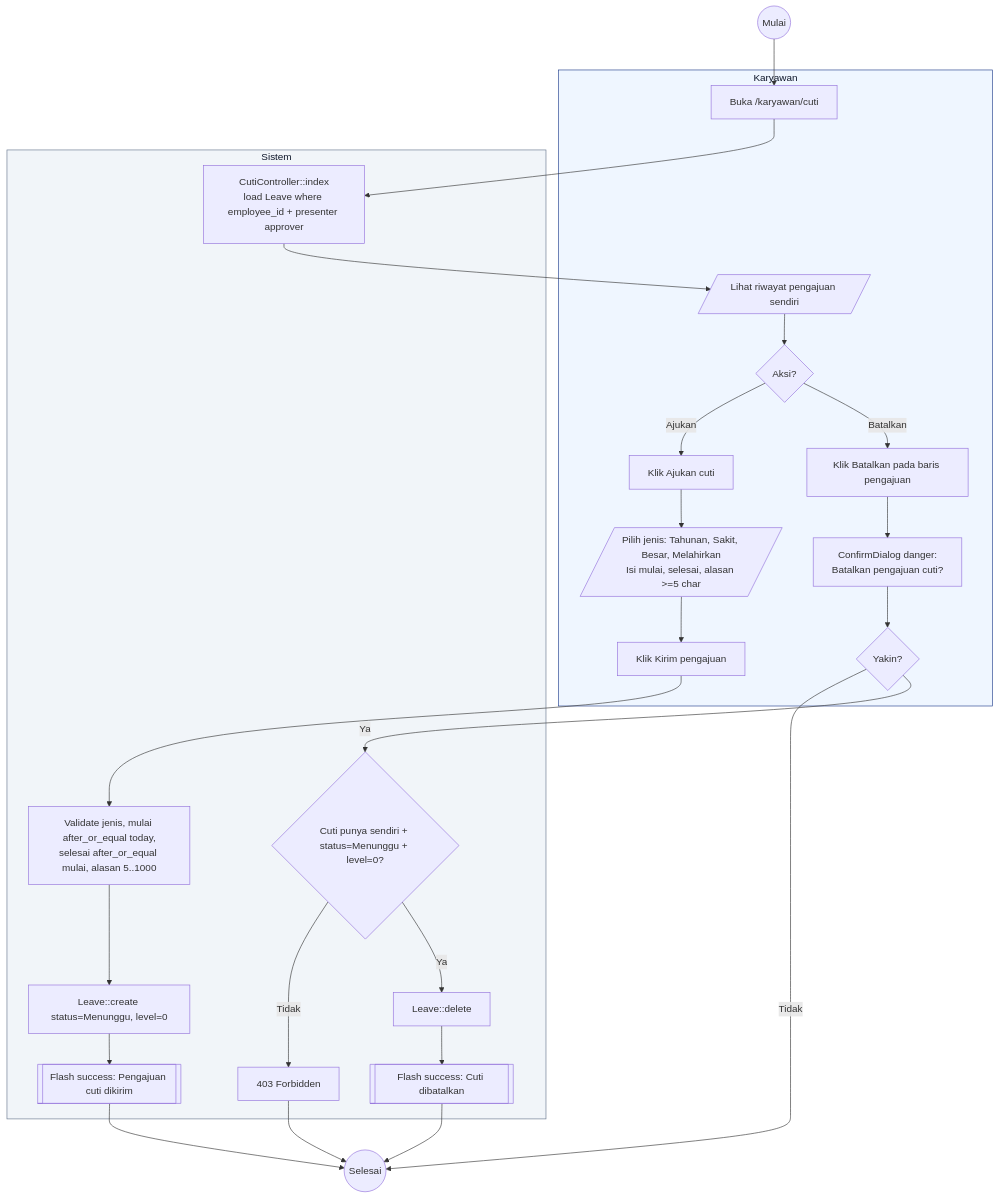
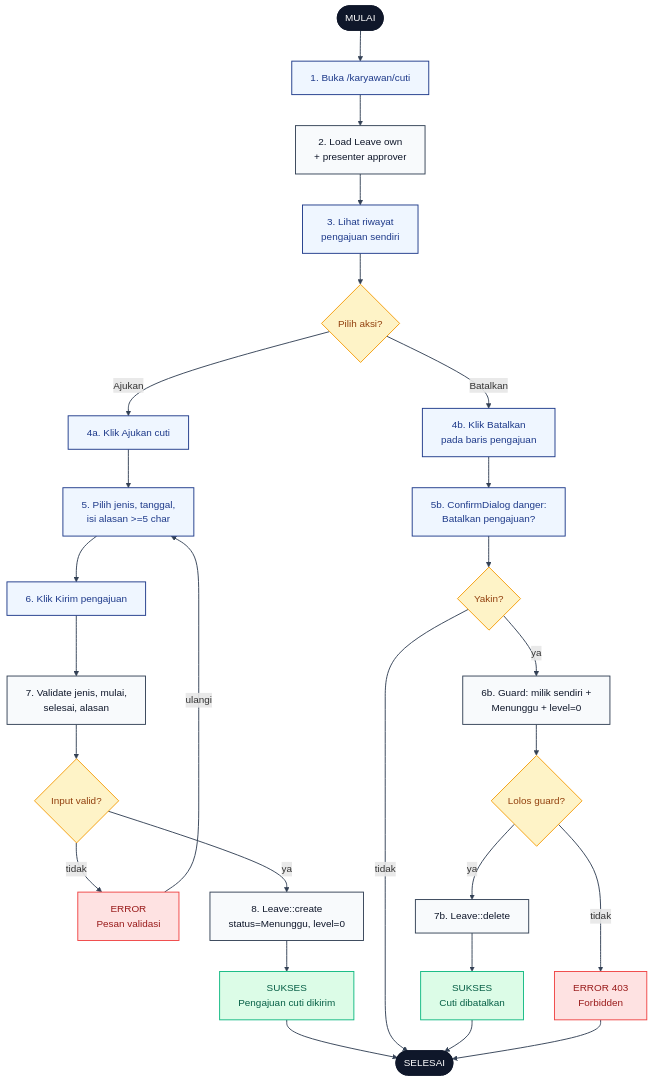
Before and after one commit to radacore/absensi-pu: the diagram in docs/activity-diagrams/11-cuti-karyawan-ajukan.md, drawn with Mermaid. The commit also changed other lines of this file and 22 other files, not shown here.

First line of the commit message:
docs(diagram): terapkan pola mermaid flowchart TD ke 23 diagram sisanya

````diff
--- a/docs/activity-diagrams/11-cuti-karyawan-ajukan.md
+++ b/docs/activity-diagrams/11-cuti-karyawan-ajukan.md
@@ -11,53 +11,66 @@
 ```mermaid
 flowchart TD
-    Start((Mulai)) --> K1
+    START([MULAI]):::se
 
-    subgraph Karyawan[Karyawan]
-        K1[Buka /karyawan/cuti]
-        K2[/Lihat riwayat pengajuan sendiri/]
-        K3{Aksi?}
-        K4[Klik Ajukan cuti]
-        K5[/Pilih jenis: Tahunan, Sakit, Besar, Melahirkan<br/>Isi mulai, selesai, alasan >=5 char/]
-        K6[Klik Kirim pengajuan]
-        K7[Klik Batalkan pada baris pengajuan]
-        K8[ConfirmDialog danger:<br/>Batalkan pengajuan cuti?]
-        K9{Yakin?}
-    end
+    A1["1. Buka /karyawan/cuti"]:::user
+    S1["2. Load Leave own<br/>+ presenter approver"]:::sys
+    A2["3. Lihat riwayat<br/>pengajuan sendiri"]:::user
+    D1{"Pilih aksi?"}:::dec
 
-    subgraph Sistem[Sistem]
-        S1[CutiController::index<br/>load Leave where employee_id + presenter approver]
-        S2[Validate jenis, mulai after_or_equal today,<br/>selesai after_or_equal mulai, alasan 5..1000]
-        S3[Leave::create status=Menunggu, level=0]
-        S4[[Flash success: Pengajuan cuti dikirim]]
-        S5{Cuti punya sendiri + status=Menunggu + level=0?}
-        S6[403 Forbidden]
-        S7[Leave::delete]
-        S8[[Flash success: Cuti dibatalkan]]
-    end
+    A3a["4a. Klik Ajukan cuti"]:::user
+    A4["5. Pilih jenis, tanggal,<br/>isi alasan >=5 char"]:::user
+    A5["6. Klik Kirim pengajuan"]:::user
+    S2["7. Validate jenis, mulai,<br/>selesai, alasan"]:::sys
+    D2{"Input valid?"}:::dec
+    E1["ERROR<br/>Pesan validasi"]:::err
+    S3["8. Leave::create<br/>status=Menunggu, level=0"]:::sys
+    OK1["SUKSES<br/>Pengajuan cuti dikirim"]:::ok
 
-    K1 --> S1
-    S1 --> K2
-    K2 --> K3
-    K3 -->|Ajukan| K4
-    K4 --> K5
-    K5 --> K6
-    K6 --> S2
-    S2 --> S3
-    S3 --> S4
-    S4 --> End((Selesai))
-    K3 -->|Batalkan| K7
-    K7 --> K8
-    K8 --> K9
-    K9 -->|Tidak| End
-    K9 -->|Ya| S5
-    S5 -->|Tidak| S6
-    S5 -->|Ya| S7
-    S7 --> S8
-    S8 --> End
-    S6 --> End
+    A3b["4b. Klik Batalkan<br/>pada baris pengajuan"]:::user
+    A6["5b. ConfirmDialog danger:<br/>Batalkan pengajuan?"]:::user
+    D3{"Yakin?"}:::dec
+    S4["6b. Guard: milik sendiri +<br/>Menunggu + level=0"]:::sys
+    D4{"Lolos guard?"}:::dec
+    E2["ERROR 403<br/>Forbidden"]:::err
+    S5["7b. Leave::delete"]:::sys
+    OK2["SUKSES<br/>Cuti dibatalkan"]:::ok
 
-    classDef actor fill:#EFF6FF,stroke:#1E3A8A,stroke-width:1px,color:#0F172A
-    classDef system fill:#F1F5F9,stroke:#64748B,stroke-width:1px,color:#0F172A
-    class Karyawan actor
-    class Sistem system
+    END([SELESAI]):::se
+
+    START --> A1
+    A1 --> S1
+    S1 --> A2
+    A2 --> D1
+
+    D1 -->|Ajukan| A3a
+    A3a --> A4
+    A4 --> A5
+    A5 --> S2
+    S2 --> D2
+    D2 -->|tidak| E1
+    D2 -->|ya| S3
+    S3 --> OK1
+    OK1 --> END
+    E1 -->|ulangi| A4
+
+    D1 -->|Batalkan| A3b
+    A3b --> A6
+    A6 --> D3
+    D3 -->|tidak| END
+    D3 -->|ya| S4
+    S4 --> D4
+    D4 -->|tidak| E2
+    D4 -->|ya| S5
+    S5 --> OK2
+    OK2 --> END
+    E2 --> END
+
+    classDef se fill:#0F172A,stroke:#0F172A,color:#fff,stroke-width:2px
+    classDef user fill:#EFF6FF,stroke:#1E3A8A,color:#1E3A8A,stroke-width:1.5px
+    classDef sys fill:#F8FAFC,stroke:#334155,color:#0F172A,stroke-width:1.5px
+    classDef dec fill:#FEF3C7,stroke:#F59E0B,color:#92400E,stroke-width:1.5px
+    classDef err fill:#FEE2E2,stroke:#EF4444,color:#991B1B,stroke-width:1.5px
+    classDef ok fill:#DCFCE7,stroke:#10B981,color:#065F46,stroke-width:1.5px
+
+    linkStyle default stroke:#334155,stroke-width:1.5px
 ```
````
